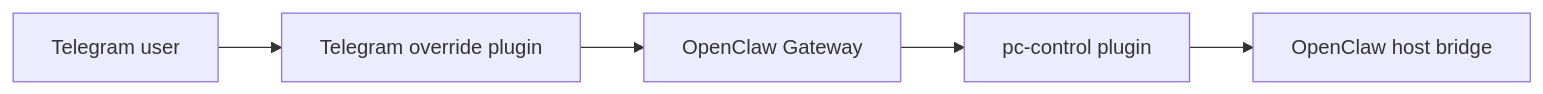
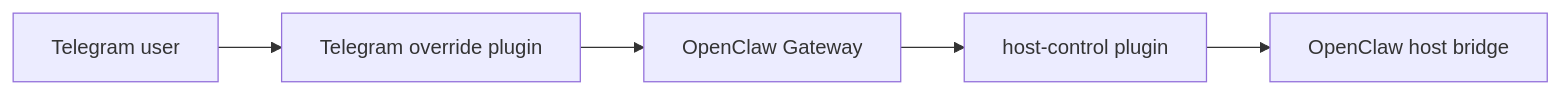
Before and after one commit to mfshaf7/openclaw-isolated-deployment: the diagram in openclaw-telegram-enhanced/README.md, drawn with Mermaid. The commit also changed other lines of this file and 31 other files, not shown here.

Commit message:
refactor: rename host capability to host-control

````diff
--- a/openclaw-telegram-enhanced/README.md
+++ b/openclaw-telegram-enhanced/README.md
@@ -21,10 +21,10 @@
 ```mermaid
 flowchart LR
     User[Telegram user]
     Telegram[Telegram override plugin]
     Gateway[OpenClaw Gateway]
-    PcControl[pc-control plugin]
+    HostControl[host-control plugin]
     Bridge[OpenClaw host bridge]
 
-    User --> Telegram --> Gateway --> PcControl --> Bridge
+    User --> Telegram --> Gateway --> HostControl --> Bridge
 ```
````
